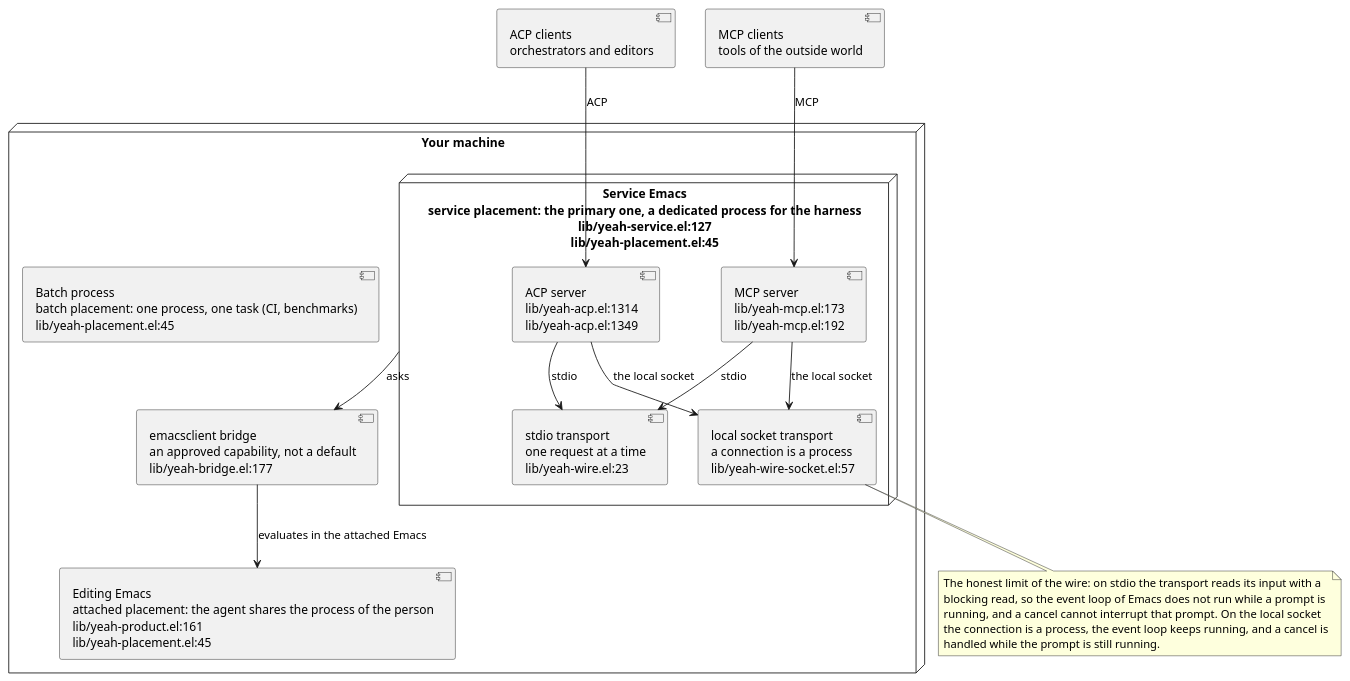
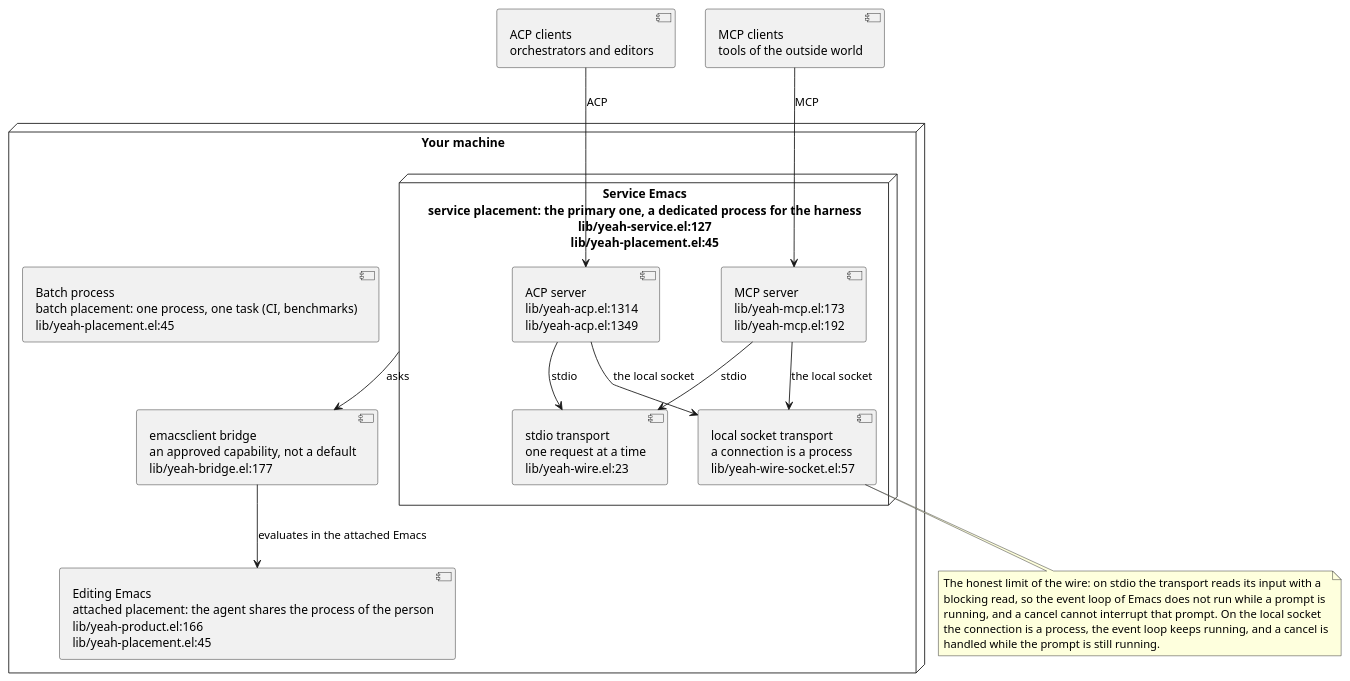
The diagram in site/diagrams/placements.puml (11111000000/yeah), drawn with PlantUML before and after one commit. The commit also changed 4 other files, not shown here.

First line of the commit message:
fix(diagrams): re-anchor the pictures at the lines they name

```diff
--- a/site/diagrams/placements.puml
+++ b/site/diagrams/placements.puml
@@ -1,63 +1,63 @@
 @startuml placements
 ' Where Yeah runs, and who talks to it.
 '
 ' The three placements of `docs/ARCHITECTURE.md' §7 -- attached, service and
 ' batch -- are three ways of giving the kernel a session, a transport and an
 ' answerer; the kernel itself does not know in which of them it runs.  This
 ' picture says where each of them lives and what speaks to it.
 '
 ' The service is the primary placement (the decision of the owner of
 ' 2026-11-12): a dedicated Emacs process runs the harness, so the editing
 ' Emacs never shares a thread with a long turn.
 '
 ' Every block names the files that implement it, as `file:line'.
 '
 ' The machines are `node' and the blocks inside them are `component': the
 ' skin of the site (`site/diagrams/palette-dark.puml') gives no colour to a
 ' leaf `node', and a leaf `node' is drawn as a cube of a light grey with white
 ' letters on it -- a picture that cannot be read.  The skin gives its colours
 ' to `component', and a component is flat.  A `node' that has a body is drawn
 ' as a frame and is flat too, and the skin gives the frame the colour of a
 ' package.  The shape of the picture is the same either way.
 
 node "Your machine" as machine {
 
-  component "Editing Emacs\nattached placement: the agent shares the process of the person\nlib/yeah-product.el:161\nlib/yeah-placement.el:45" as attached
+  component "Editing Emacs\nattached placement: the agent shares the process of the person\nlib/yeah-product.el:166\nlib/yeah-placement.el:45" as attached
 
   node "Service Emacs\nservice placement: the primary one, a dedicated process for the harness\nlib/yeah-service.el:127\nlib/yeah-placement.el:45" as service {
 
     component "ACP server\nlib/yeah-acp.el:1314\nlib/yeah-acp.el:1349" as acp_server
 
     component "MCP server\nlib/yeah-mcp.el:173\nlib/yeah-mcp.el:192" as mcp_server
 
     component "stdio transport\none request at a time\nlib/yeah-wire.el:23" as stdio
 
     component "local socket transport\na connection is a process\nlib/yeah-wire-socket.el:57" as socket
   }
 
   component "Batch process\nbatch placement: one process, one task (CI, benchmarks)\nlib/yeah-placement.el:45" as batch
 
   component "emacsclient bridge\nan approved capability, not a default\nlib/yeah-bridge.el:177" as bridge
 }
 
 component "ACP clients\norchestrators and editors" as acp_clients
 
 component "MCP clients\ntools of the outside world" as mcp_clients
 
 acp_clients --> acp_server : ACP
 mcp_clients --> mcp_server : MCP
 acp_server --> stdio : stdio
 acp_server --> socket : the local socket
 mcp_server --> stdio : stdio
 mcp_server --> socket : the local socket
 service --> bridge : asks
 bridge --> attached : evaluates in the attached Emacs
 
 note bottom of socket
   The honest limit of the wire: on stdio the transport reads its input with a
   blocking read, so the event loop of Emacs does not run while a prompt is
   running, and a cancel cannot interrupt that prompt.  On the local socket
   the connection is a process, the event loop keeps running, and a cancel is
   handled while the prompt is still running.
 end note
 @enduml
```
